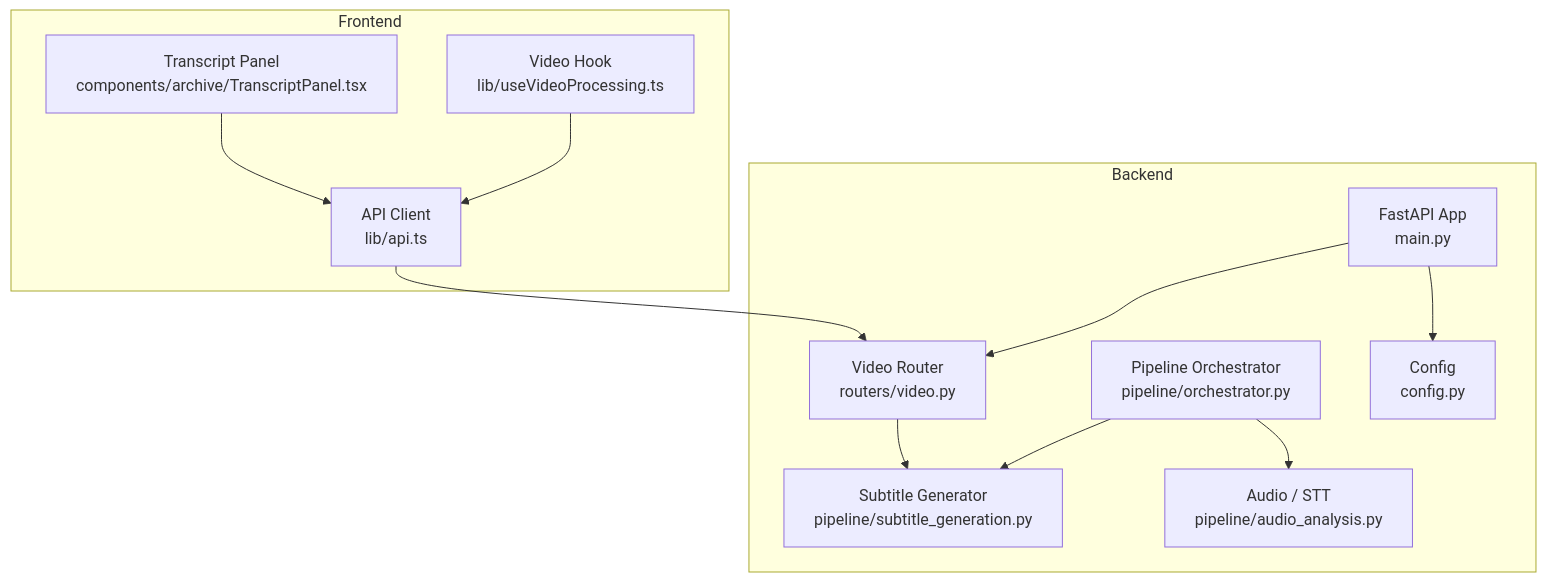
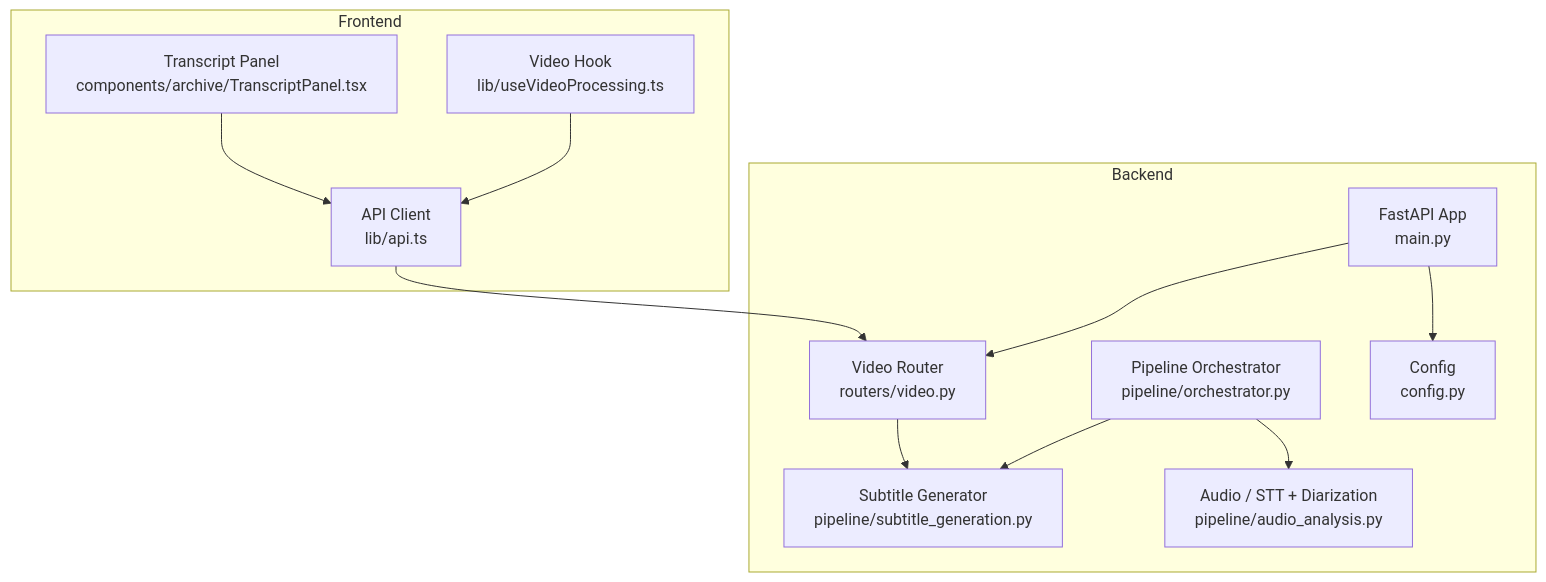
One commit to alexandreybasta-cyber/dubai-media-ai changed the first of 8 diagrams in .qoder/repowiki/en/content/Media Processing Pipeline/Subtitle Generation Module.md. Above: the diagram before and after it, drawn with Mermaid. The commit also changed other lines of this file and 20 other files, not shown here.

````diff
--- a/.qoder/repowiki/en/content/Media Processing Pipeline/Subtitle Generation Module.md
+++ b/.qoder/repowiki/en/content/Media Processing Pipeline/Subtitle Generation Module.md
@@ -34,24 +43,24 @@
 ```mermaid
 graph TB
 subgraph "Backend"
 A["FastAPI App<br/>main.py"]
 B["Video Router<br/>routers/video.py"]
 C["Subtitle Generator<br/>pipeline/subtitle_generation.py"]
 D["Pipeline Orchestrator<br/>pipeline/orchestrator.py"]
-E["Audio / STT<br/>pipeline/audio_analysis.py"]
+E["Audio / STT + Diarization<br/>pipeline/audio_analysis.py"]
 F["Config<br/>config.py"]
 end
 subgraph "Frontend"
 G["Transcript Panel<br/>components/archive/TranscriptPanel.tsx"]
 H["API Client<br/>lib/api.ts"]
 I["Video Hook<br/>lib/useVideoProcessing.ts"]
 end
 A --> B
 B --> C
 D --> C
 D --> E
 A --> F
 G --> H
 H --> B
 I --> H
 ```
````
